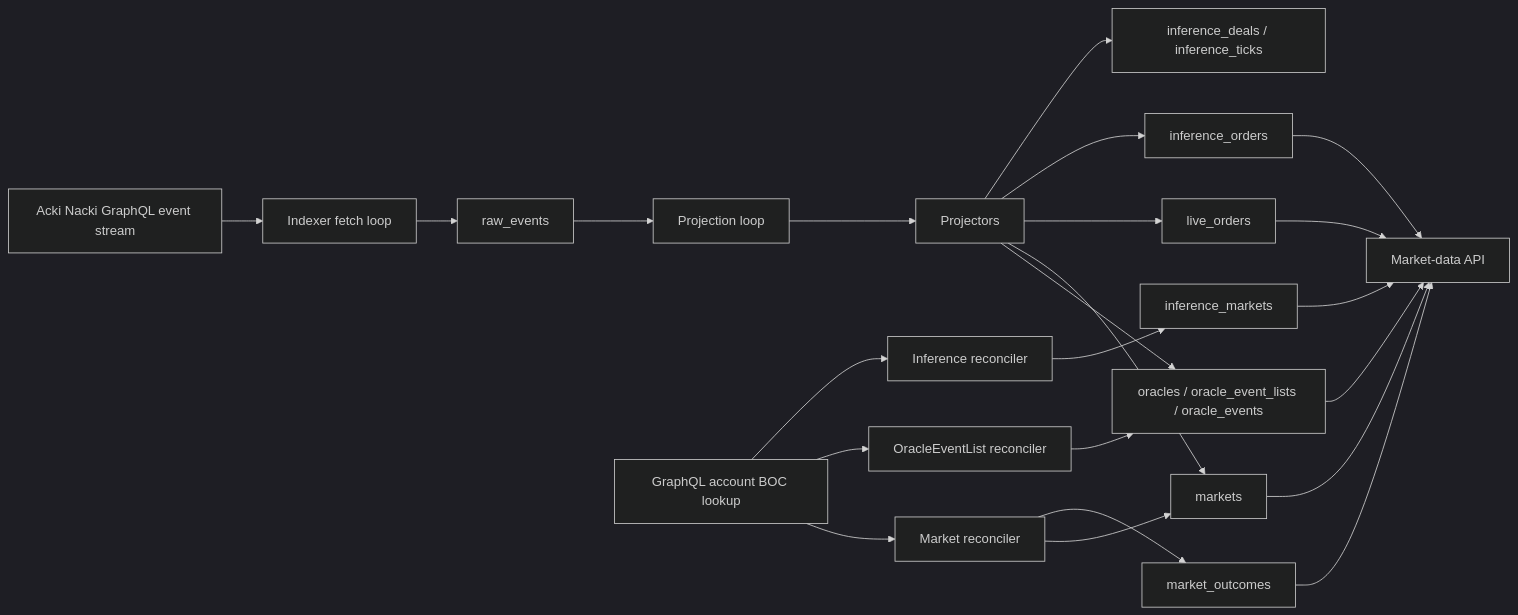
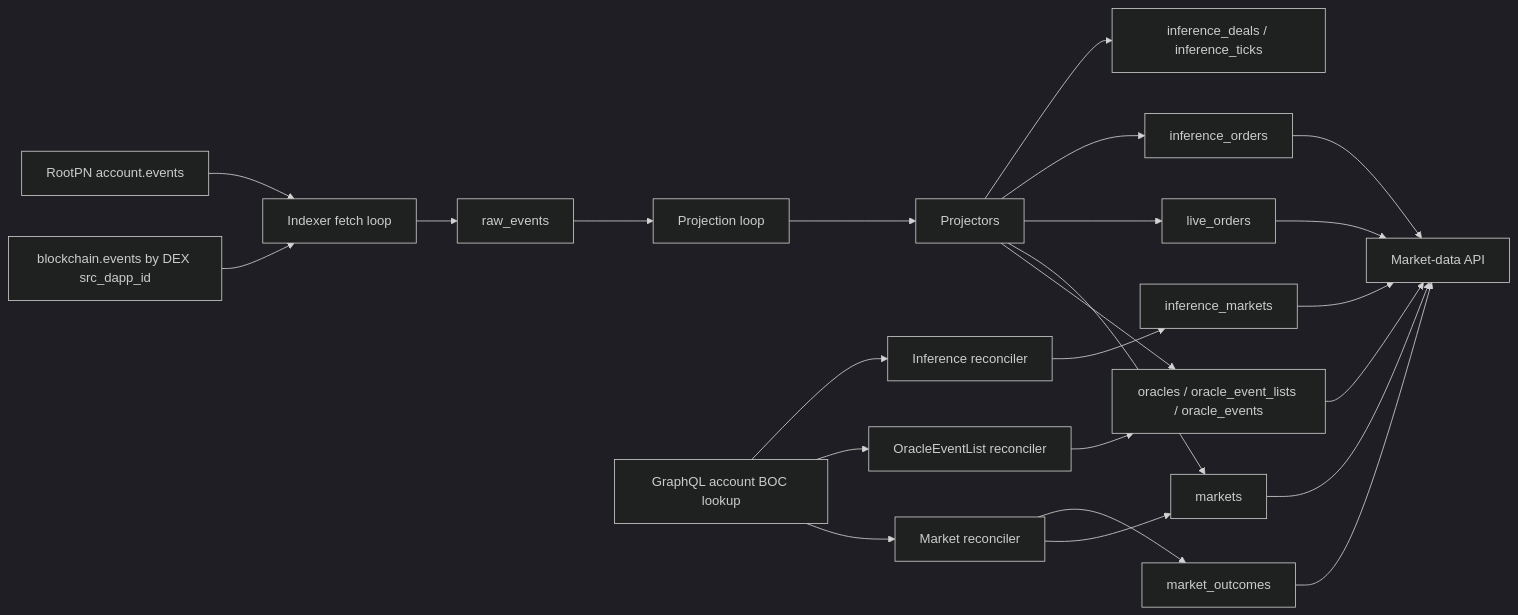
The diagram in docs/tech-specs/indexer.md (gosh-sh/dexdo), drawn with Mermaid (dark theme) before and after one commit. The commit also changed other lines of this file and 20 other files, not shown here.

Commit message:
Scope indexer event capture by source

````diff
--- a/docs/tech-specs/indexer.md
+++ b/docs/tech-specs/indexer.md
@@ -23,27 +23,28 @@
 ```mermaid
 flowchart LR
-    chain[Acki Nacki GraphQL event stream] --> ingest[Indexer fetch loop]
+    dapp_stream[blockchain.events by DEX src_dapp_id] --> ingest[Indexer fetch loop]
+    root_stream[RootPN account.events] --> ingest
     ingest --> raw[raw_events]
     raw --> project[Projection loop]
     project --> projectors[Projectors]
     projectors --> discovery[oracles / oracle_event_lists / oracle_events]
     projectors --> markets[markets]
     projectors --> orders[live_orders]
     projectors --> inf_orders[inference_orders]
     projectors --> inf_deals[inference_deals / inference_ticks]
 
     chain_state[GraphQL account BOC lookup] --> market_reconciler[Market reconciler]
     chain_state --> oel_reconciler[OracleEventList reconciler]
     chain_state --> inf_reconciler[Inference reconciler]
     market_reconciler --> markets
     market_reconciler --> outcomes[market_outcomes]
     oel_reconciler --> discovery
     inf_reconciler --> inf_markets[inference_markets]
 
     discovery --> api[Market-data API]
     markets --> api
     outcomes --> api
     orders --> api
     inf_orders --> api
     inf_markets --> api
 ```
````
